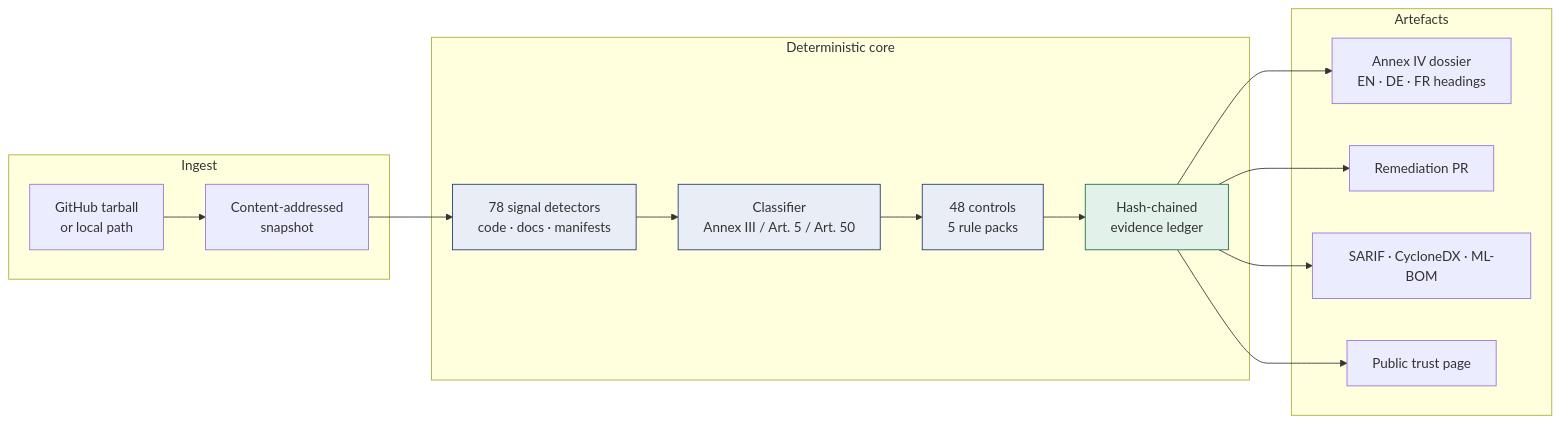
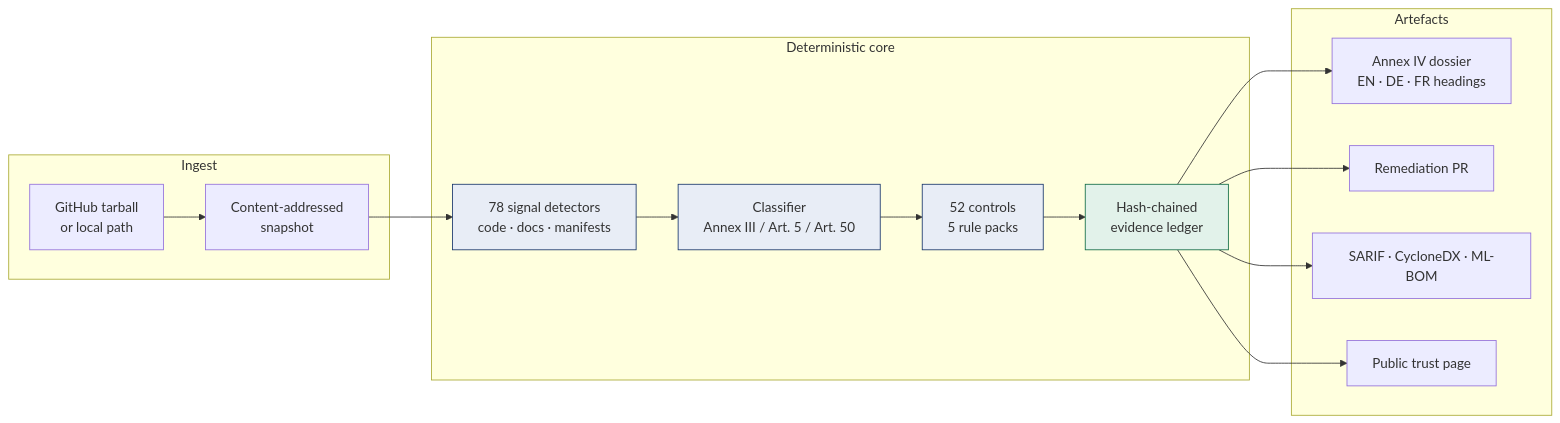
Before and after one commit to shi1720/LexHack: the diagram in README.md, drawn with Mermaid. The commit also changed other lines of this file and 55 other files, not shown here.

````diff
--- a/README.md
+++ b/README.md
@@ -142,22 +152,22 @@
 ```mermaid
 flowchart LR
   subgraph Ingest
     A[GitHub tarball<br/>or local path] --> B[Content-addressed<br/>snapshot]
   end
   subgraph Deterministic core
     B --> C[78 signal detectors<br/>code · docs · manifests]
     C --> D[Classifier<br/>Annex III / Art. 5 / Art. 50]
-    D --> E[48 controls<br/>5 rule packs]
+    D --> E[52 controls<br/>5 rule packs]
     E --> F[Hash-chained<br/>evidence ledger]
   end
   subgraph Artefacts
     F --> G[Annex IV dossier<br/>EN · DE · FR headings]
     F --> H[Remediation PR]
     F --> I[SARIF · CycloneDX · ML-BOM]
     F --> J[Public trust page]
   end
   style C fill:#e8edf6,stroke:#17356b
   style D fill:#e8edf6,stroke:#17356b
   style E fill:#e8edf6,stroke:#17356b
   style F fill:#e2f2ea,stroke:#0f6b45
 ```
````
